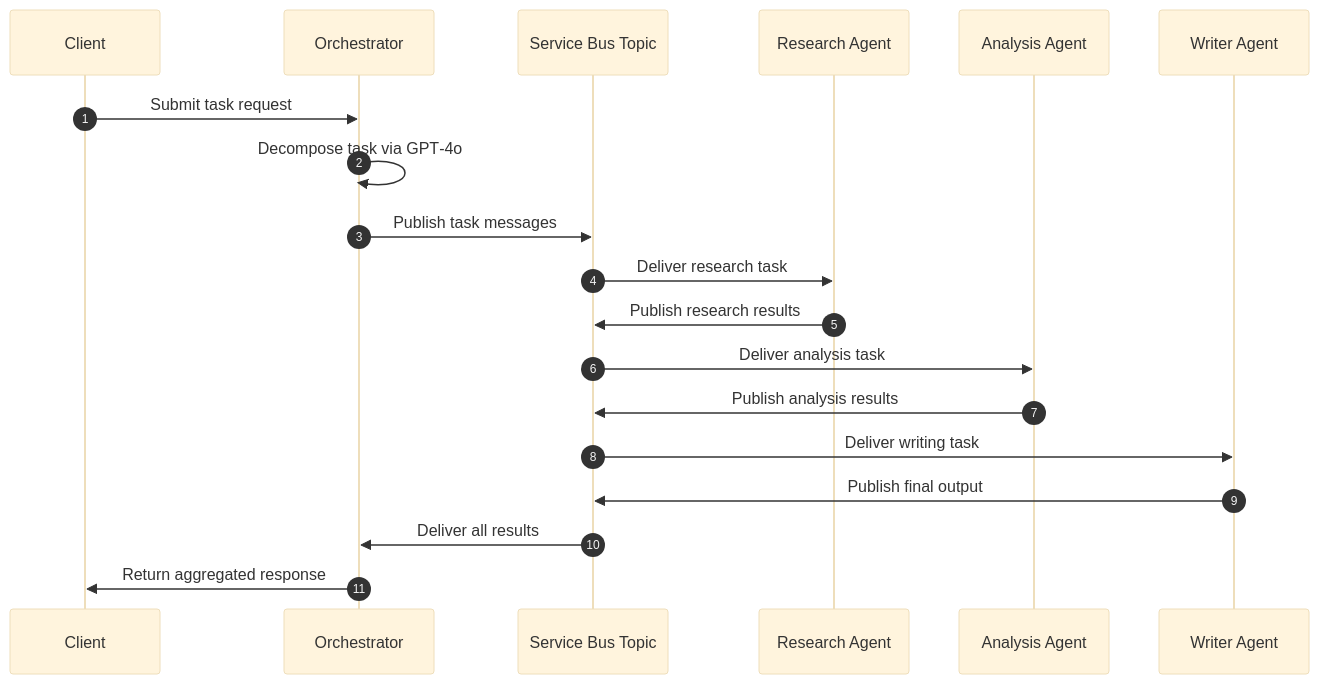
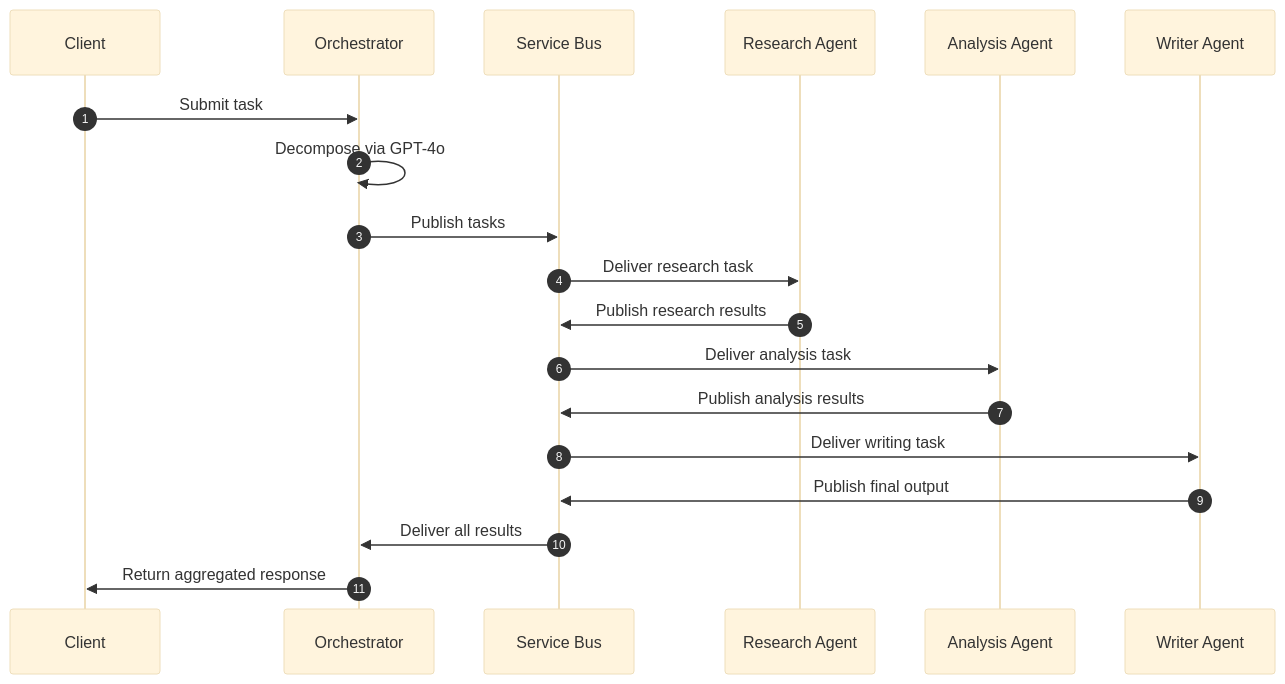
One commit to joshphillis/azure-openai-aks-agent-platform changed the third of 5 diagrams in README.md. Above: the diagram before and after it, drawn with Mermaid (base theme). The commit also changed other lines of this file, not shown here.

````diff
--- a/README.md
+++ b/README.md
@@ -96,27 +107,27 @@
 ```mermaid
 sequenceDiagram
     autonumber
 
     participant C as Client
     participant O as Orchestrator
-    participant SB as Service Bus Topic
+    participant SB as Service Bus
     participant R as Research Agent
     participant A as Analysis Agent
     participant W as Writer Agent
 
-    C->>O: Submit task request
-    O->>O: Decompose task via GPT‑4o
-    O->>SB: Publish task messages
+    C->>O: Submit task
+    O->>O: Decompose via GPT-4o
+    O->>SB: Publish tasks
 
     SB->>R: Deliver research task
     R->>SB: Publish research results
 
     SB->>A: Deliver analysis task
     A->>SB: Publish analysis results
 
     SB->>W: Deliver writing task
     W->>SB: Publish final output
 
     SB->>O: Deliver all results
     O->>C: Return aggregated response
 ```
````
